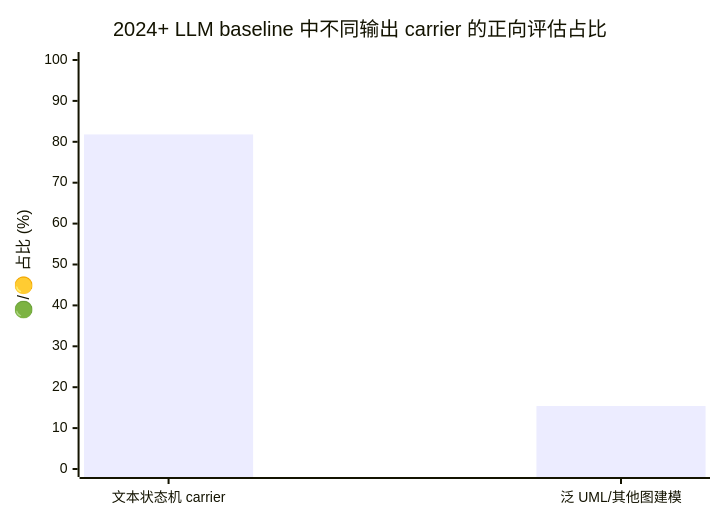
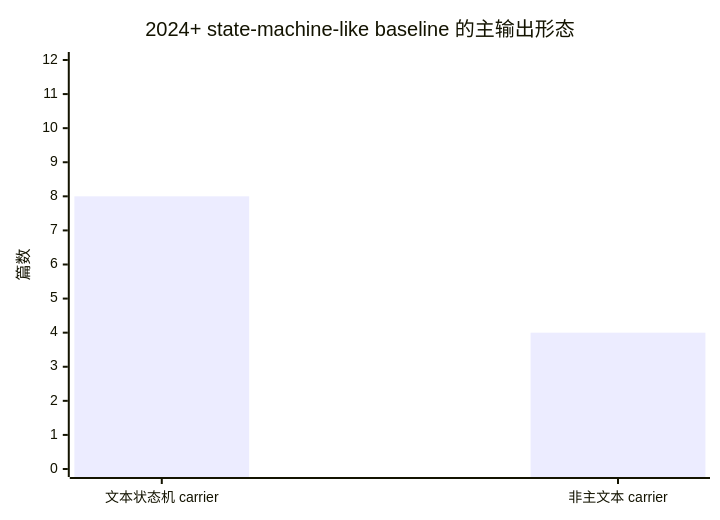
Diagram 15 of 15 in project_1_llm_state_machine_modeling/discussions/2026-04-06-02-10-04-AI-讨论-状态机主要类型详细综述-历史沿革与近年趋势.md (HansBug/research_ideas), drawn with Mermaid before and after one commit. The commit also changed other lines of this file, not shown here.

Commit message:
Rewrite state machine survey discussion

````diff
--- a/project_1_llm_state_machine_modeling/discussions/2026-04-06-02-10-04-AI-讨论-状态机主要类型详细综述-历史沿革与近年趋势.md
+++ b/project_1_llm_state_machine_modeling/discussions/2026-04-06-02-10-04-AI-讨论-状态机主要类型详细综述-历史沿革与近年趋势.md
@@ -1063,7 +1062,7 @@
 ```mermaid
 xychart-beta
-    title "2024+ LLM baseline 中不同输出 carrier 的正向评估占比"
-    x-axis ["文本状态机 carrier", "泛 UML/其他图建模"]
-    y-axis "🟢/🟡 占比 (%)" 0 --> 100
-    bar [81.8, 15.4]
+    title "2024+ state-machine-like baseline 的主输出形态"
+    x-axis ["文本状态机 carrier", "非主文本 carrier"]
+    y-axis "篇数" 0 --> 12
+    bar [8, 4]
 ```
````
